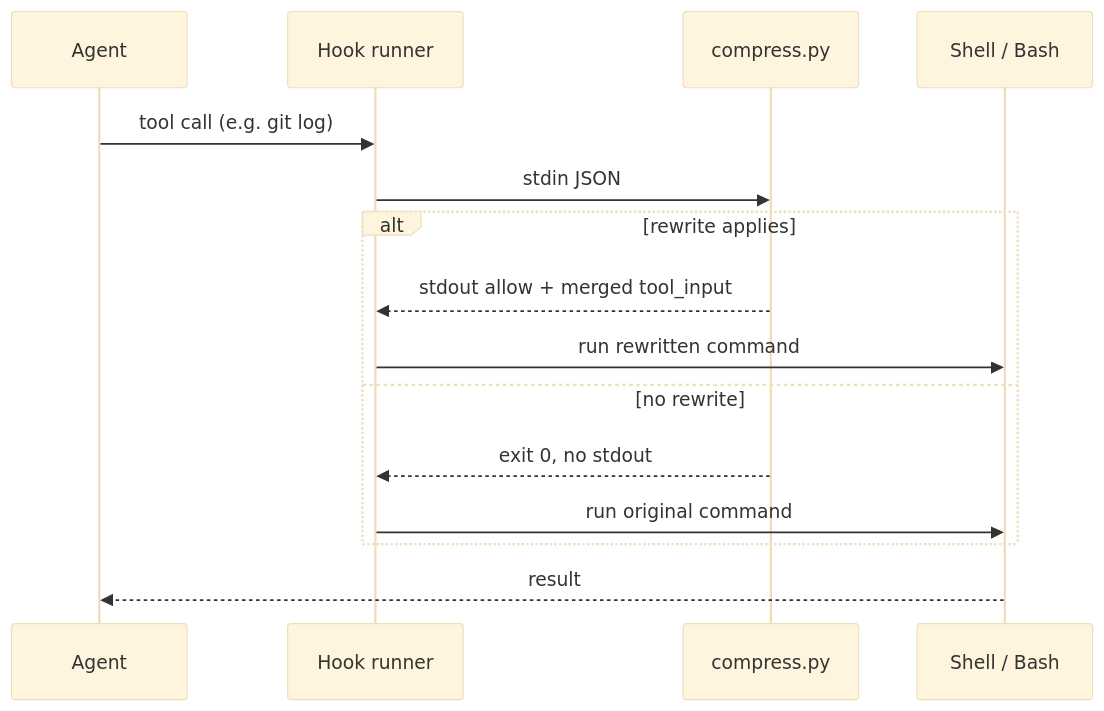
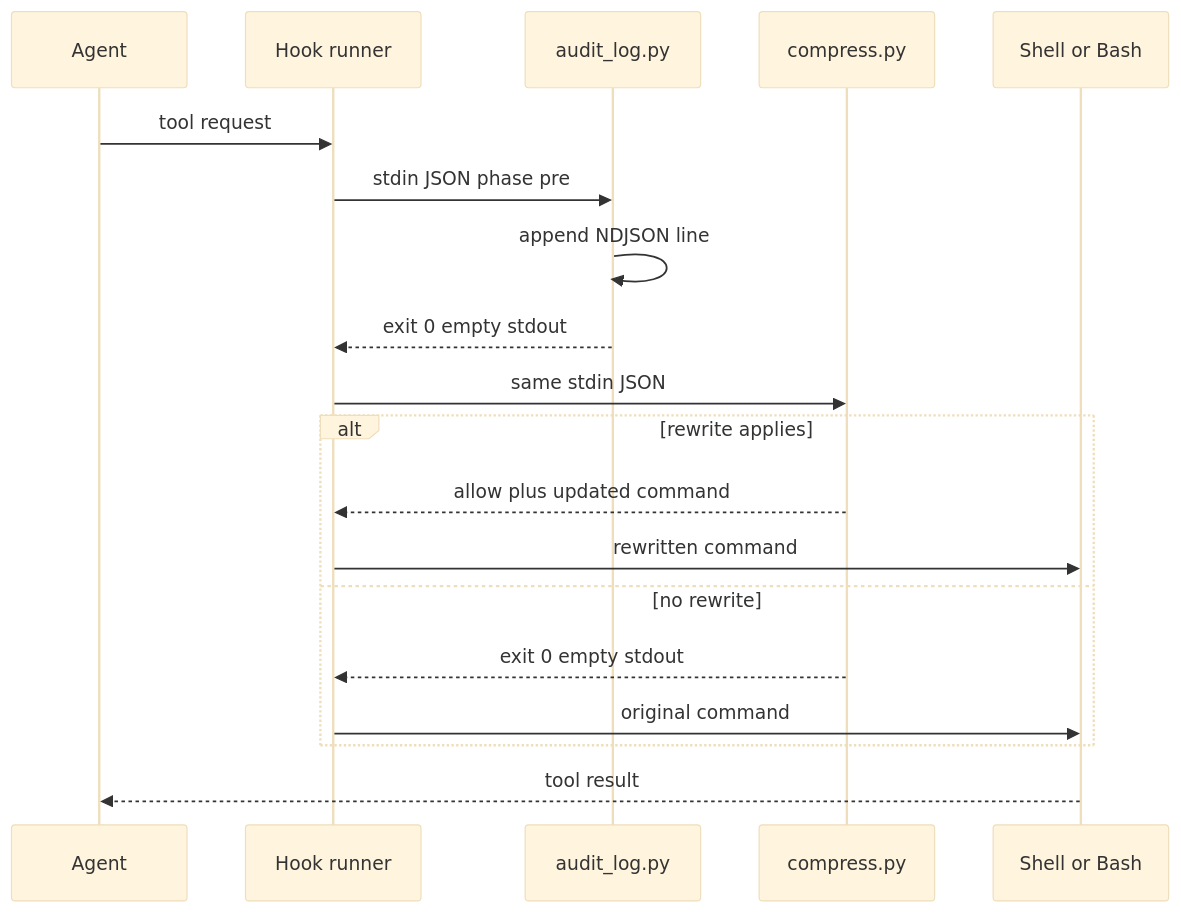
The second of 3 diagrams in agent-hooks/README.md (holdennguyen/ai-context), drawn with Mermaid (base theme) before and after one commit. The commit also changed other lines of this file and 3 other files, not shown here.

First line of the commit message:
feat(agent-hooks): add NDJSON audit hooks (#2)

````diff
--- a/agent-hooks/README.md
+++ b/agent-hooks/README.md
@@ -103,18 +191,22 @@
 ```mermaid
 sequenceDiagram
   participant M as Agent
-  participant H as Hook runner
-  participant P as compress.py
-  participant T as Shell / Bash
+  participant R as Hook runner
+  participant A as audit_log.py
+  participant C as compress.py
+  participant T as Shell or Bash
 
-  M->>H: tool call (e.g. git log)
-  H->>P: stdin JSON
+  M->>R: tool request
+  R->>A: stdin JSON phase pre
+  A->>A: append NDJSON line
+  A-->>R: exit 0 empty stdout
+  R->>C: same stdin JSON
   alt rewrite applies
-    P-->>H: stdout allow + merged tool_input
-    H->>T: run rewritten command
+    C-->>R: allow plus updated command
+    R->>T: rewritten command
   else no rewrite
-    P-->>H: exit 0, no stdout
-    H->>T: run original command
+    C-->>R: exit 0 empty stdout
+    R->>T: original command
   end
-  T-->>M: result
+  T-->>M: tool result
 ```
````
